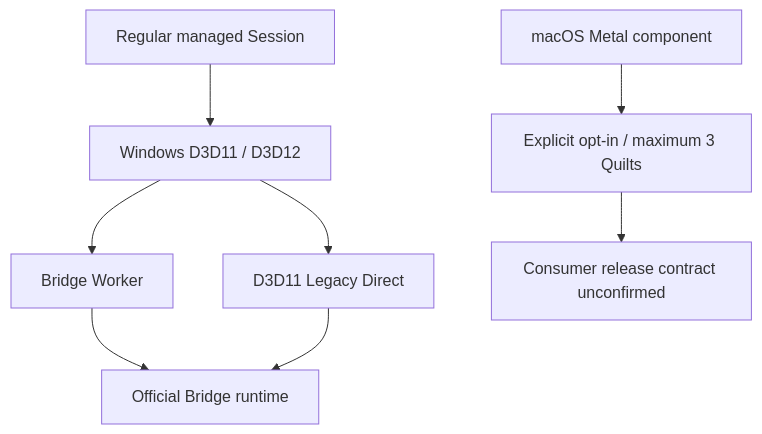
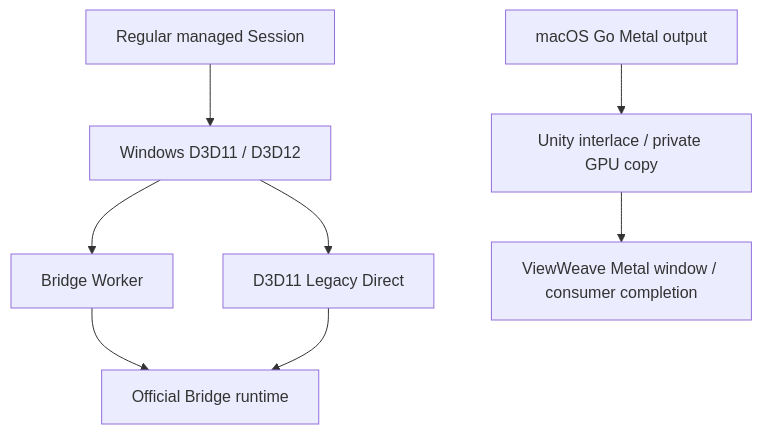
The diagram in docs/graphics-backends.md (zabaglione/ViewWeave), drawn with Mermaid before and after one commit. The commit also changed other lines of this file and 437 other files, not shown here.

First line of the commit message:
Add macOS Metal Go output and separate platform backends

````diff
--- a/docs/graphics-backends.md
+++ b/docs/graphics-backends.md
@@ -20,10 +21,10 @@
 ```mermaid
 flowchart TD
     Session["Regular managed Session"] --> Windows["Windows D3D11 / D3D12"]
     Windows --> Worker["Bridge Worker"]
     Windows --> Legacy["D3D11 Legacy Direct"]
     Worker --> Bridge["Official Bridge runtime"]
     Legacy --> Bridge
-    Metal["macOS Metal component"] --> Gate["Explicit opt-in / maximum 3 Quilts"]
-    Gate --> Contract["Consumer release contract unconfirmed"]
+    Metal["macOS Go Metal output"] --> Interlace["Unity interlace / private GPU copy"]
+    Interlace --> Window["ViewWeave Metal window / consumer completion"]
 ```
````
